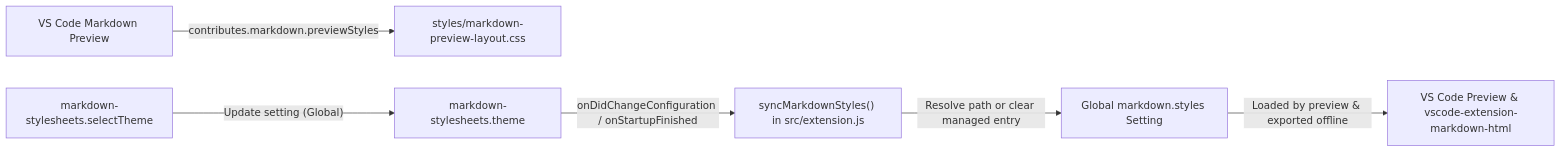
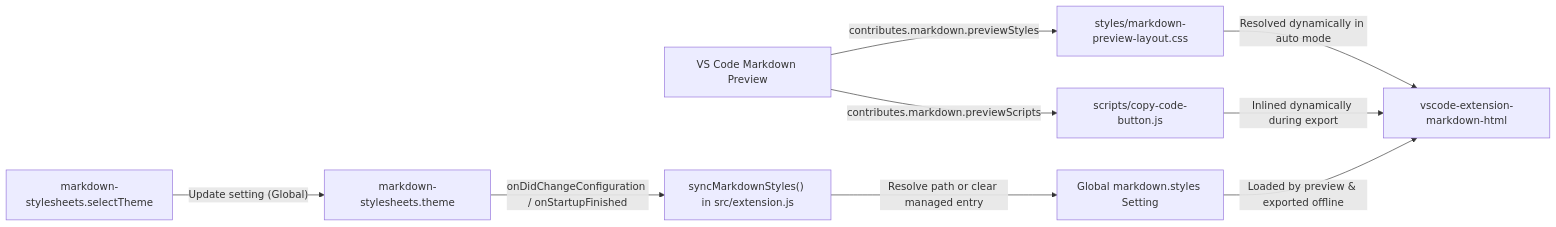
Before and after one commit to tbruneel/vscode-extension-markdown-stylesheets: the diagram in docs/technical.md, drawn with Mermaid. The commit also changed other lines of this file and 8 other files, not shown here.

Commit message:
Add code copy buttons, preview block styling, and suite integration docs

````diff
--- a/docs/technical.md
+++ b/docs/technical.md
@@ -26,8 +28,11 @@
 ```mermaid
 flowchart LR
     Preview["VS Code Markdown Preview"] -->|"contributes.markdown.previewStyles"| Layout["styles/markdown-preview-layout.css"]
+    Preview -->|"contributes.markdown.previewScripts"| CopyScript["scripts/copy-code-button.js"]
     Command["markdown-stylesheets.selectTheme"] -->|"Update setting (Global)"| Setting["markdown-stylesheets.theme"]
     Setting -->|"onDidChangeConfiguration / onStartupFinished"| Sync["syncMarkdownStyles() in src/extension.js"]
     Sync -->|"Resolve path or clear managed entry"| MdStyles["Global markdown.styles Setting"]
-    MdStyles -->|"Loaded by preview & exported offline"| Consumers["VS Code Preview & vscode-extension-markdown-html"]
+    Layout -->|"Resolved dynamically in auto mode"| MdHtml["vscode-extension-markdown-html"]
+    CopyScript -->|"Inlined dynamically during export"| MdHtml
+    MdStyles -->|"Loaded by preview & exported offline"| MdHtml
 ```
````
